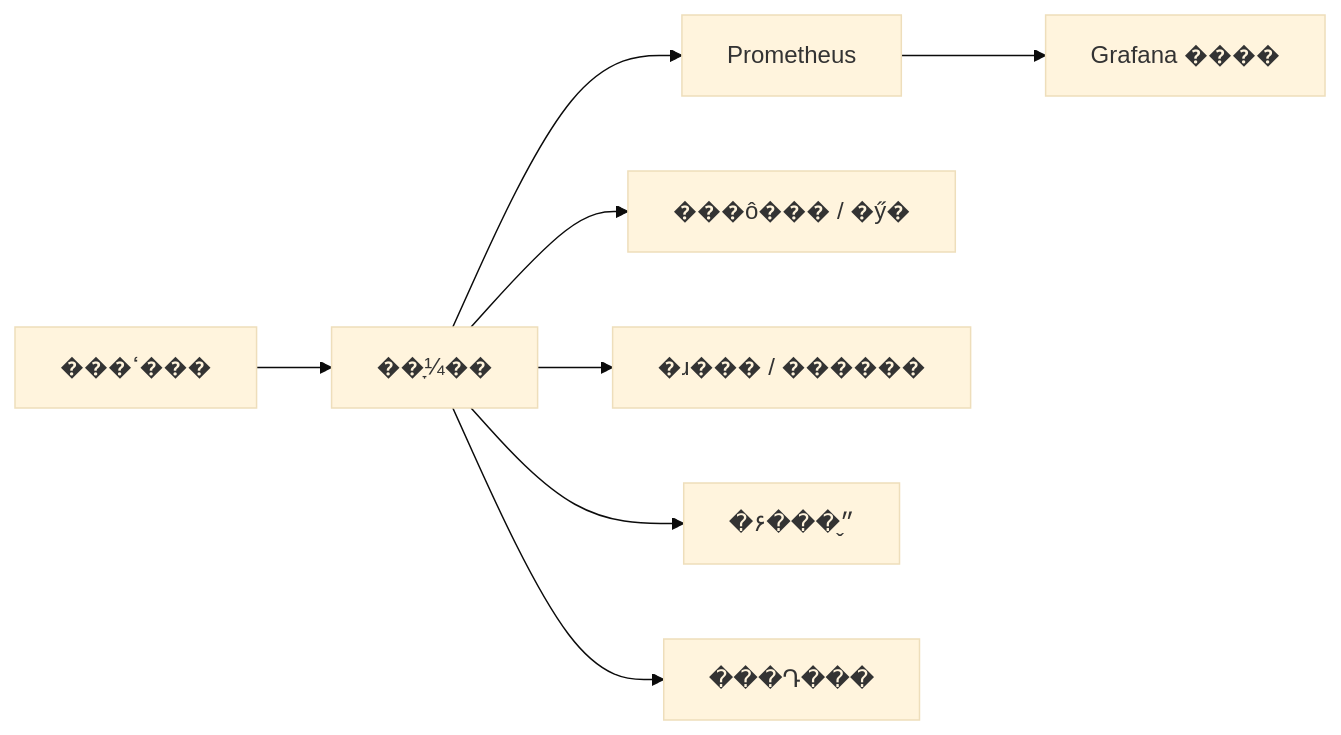
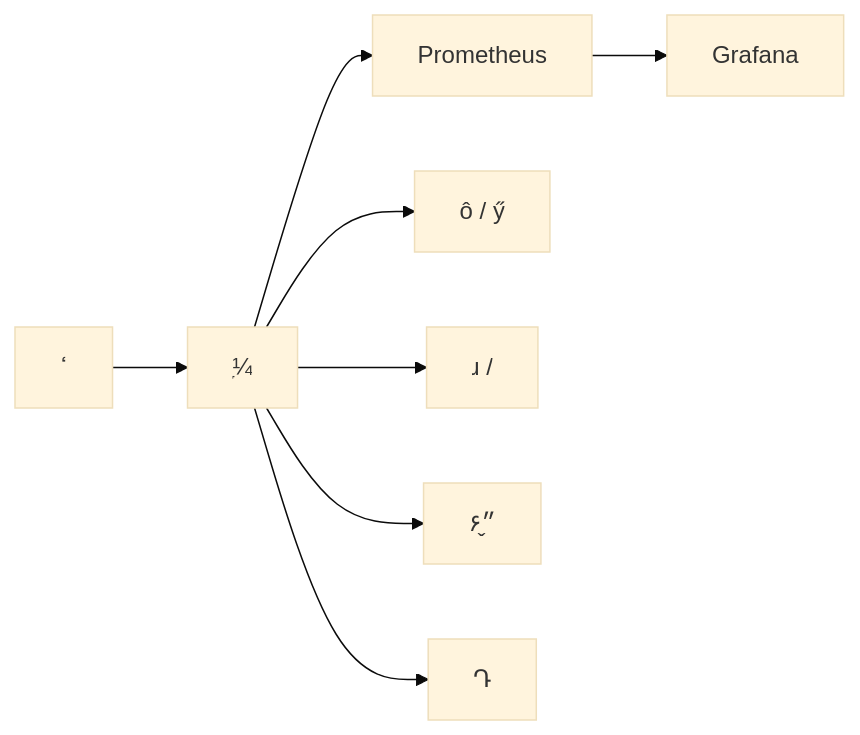
The eighth of 9 diagrams in content/post/ai-interview/Agent工具调用失败如何处理.zh-CN.md (TimeHunter618/hugo-maid-code), drawn with Mermaid (base theme) before and after one commit. The commit also changed other lines of this file and 55 other files, not shown here.

````diff
--- a/content/post/ai-interview/Agent工具调用失败如何处理.zh-CN.md
+++ b/content/post/ai-interview/Agent工具调用失败如何处理.zh-CN.md
@@ -671,11 +671,11 @@
 ```mermaid
 graph LR
-    A[���ߵ���] --> B[��¼ָ��]
+    A[ߵ] --> B[¼ָ]
     B --> C[Prometheus]
-    C --> D[Grafana ����]
+    C --> D[Grafana ]
 
-    B --> B1[���ô��� / �ӳ�]
-    B --> B2[�ɹ��� / ������]
-    B --> B3[�۶���״̬]
-    B --> B4[���Դ���]
+    B --> B1[ô / ӳ]
+    B --> B2[ɹ / ]
+    B --> B3[۶״̬]
+    B --> B4[Դ]
 ```
````
